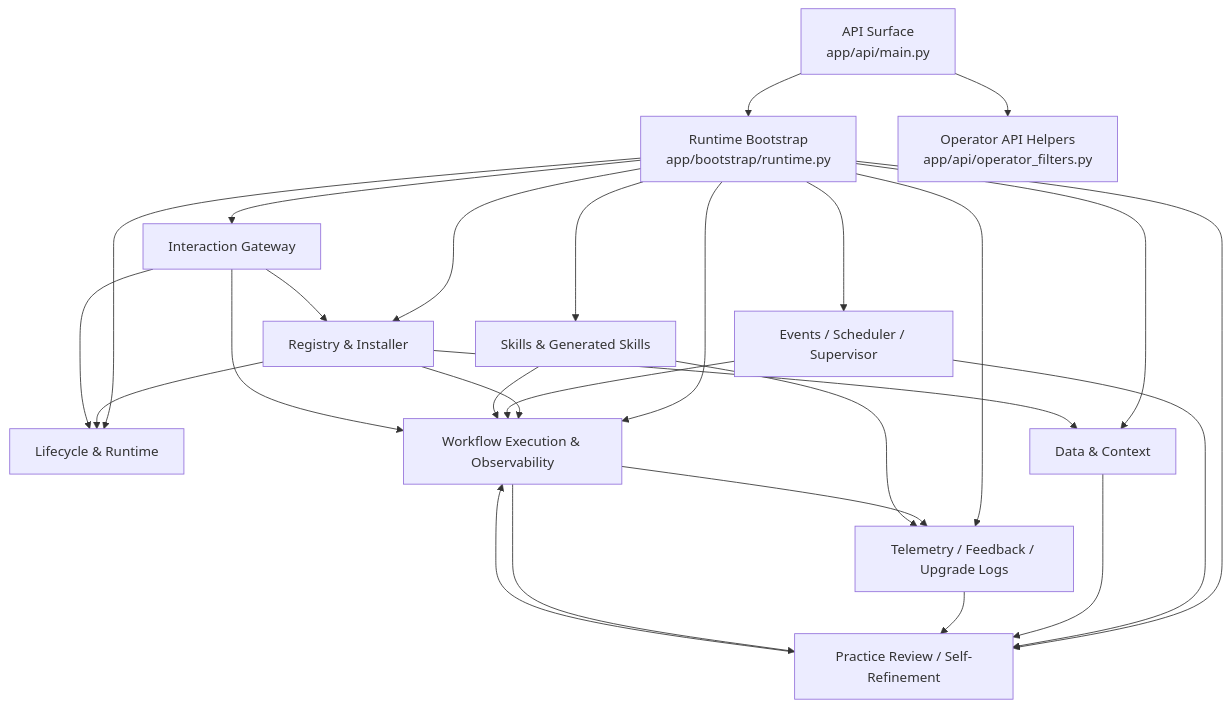
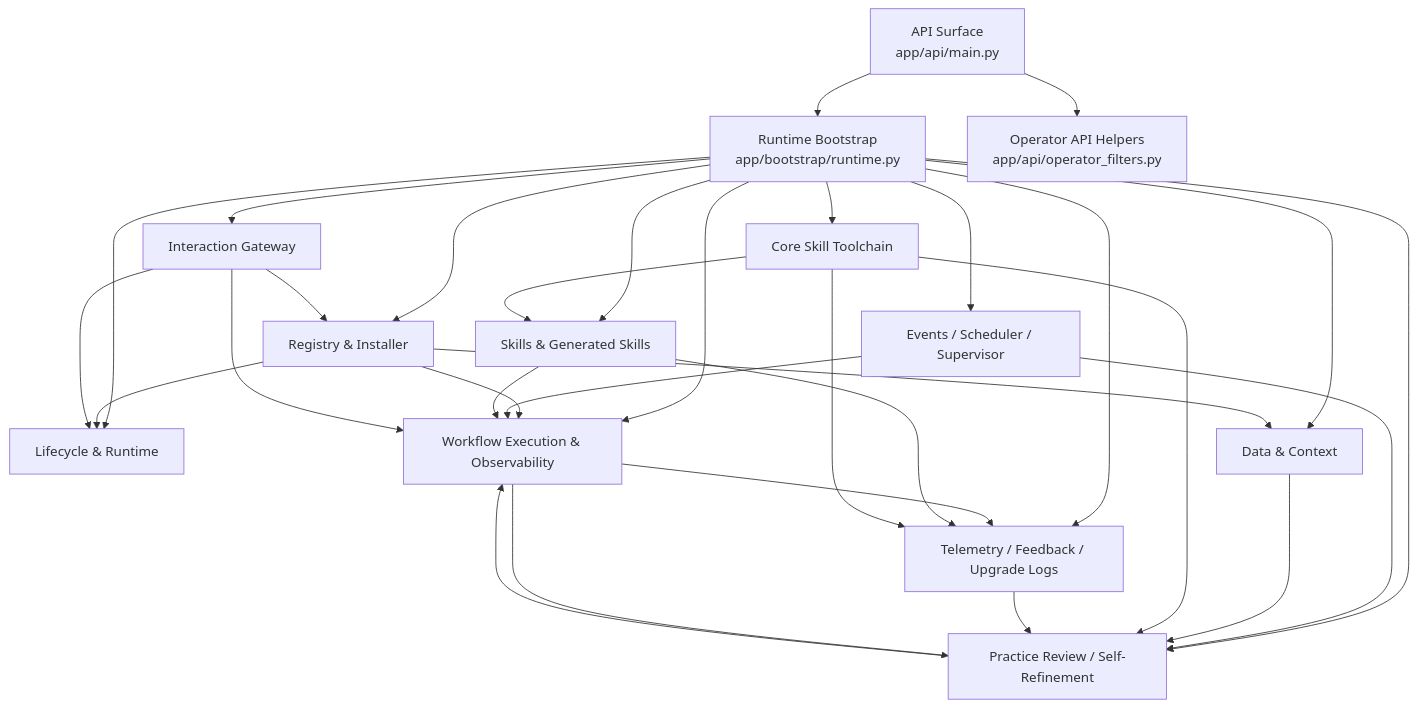
One commit to wangchienbo/AgentSystem changed the first of 23 diagrams in docs/system-relationship-map.md. Above: the diagram before and after it, drawn with Mermaid. The commit also changed other lines of this file and 6 other files, not shown here.

Commit message:
docs: formalize core-thin skill-growth architecture

````diff
--- a/docs/system-relationship-map.md
+++ b/docs/system-relationship-map.md
@@ -22,32 +22,36 @@
 ```mermaid
 graph TD
     API[API Surface\napp/api/main.py] --> RuntimeBootstrap[Runtime Bootstrap\napp/bootstrap/runtime.py]
     API --> OperatorHelpers[Operator API Helpers\napp/api/operator_filters.py]
 
     RuntimeBootstrap --> LifecycleRuntime[Lifecycle & Runtime]
     RuntimeBootstrap --> RegistryInstall[Registry & Installer]
     RuntimeBootstrap --> DataContext[Data & Context]
     RuntimeBootstrap --> EventsScheduling[Events / Scheduler / Supervisor]
     RuntimeBootstrap --> SkillsSystem[Skills & Generated Skills]
+    RuntimeBootstrap --> CoreSkillToolchain[Core Skill Toolchain]
     RuntimeBootstrap --> TelemetryLayer[Telemetry / Feedback / Upgrade Logs]
     RuntimeBootstrap --> LearningLoop[Practice Review / Self-Refinement]
     RuntimeBootstrap --> WorkflowOps[Workflow Execution & Observability]
     RuntimeBootstrap --> Interaction[Interaction Gateway]
 
     RegistryInstall --> WorkflowOps
     RegistryInstall --> DataContext
     RegistryInstall --> LifecycleRuntime
 
     EventsScheduling --> WorkflowOps
     EventsScheduling --> LearningLoop
     DataContext --> LearningLoop
     WorkflowOps --> TelemetryLayer
     SkillsSystem --> TelemetryLayer
+    CoreSkillToolchain --> SkillsSystem
+    CoreSkillToolchain --> TelemetryLayer
+    CoreSkillToolchain --> LearningLoop
     TelemetryLayer --> LearningLoop
     SkillsSystem --> WorkflowOps
     WorkflowOps --> LearningLoop
     LearningLoop --> WorkflowOps
     Interaction --> RegistryInstall
     Interaction --> WorkflowOps
     Interaction --> LifecycleRuntime
 ```
````
